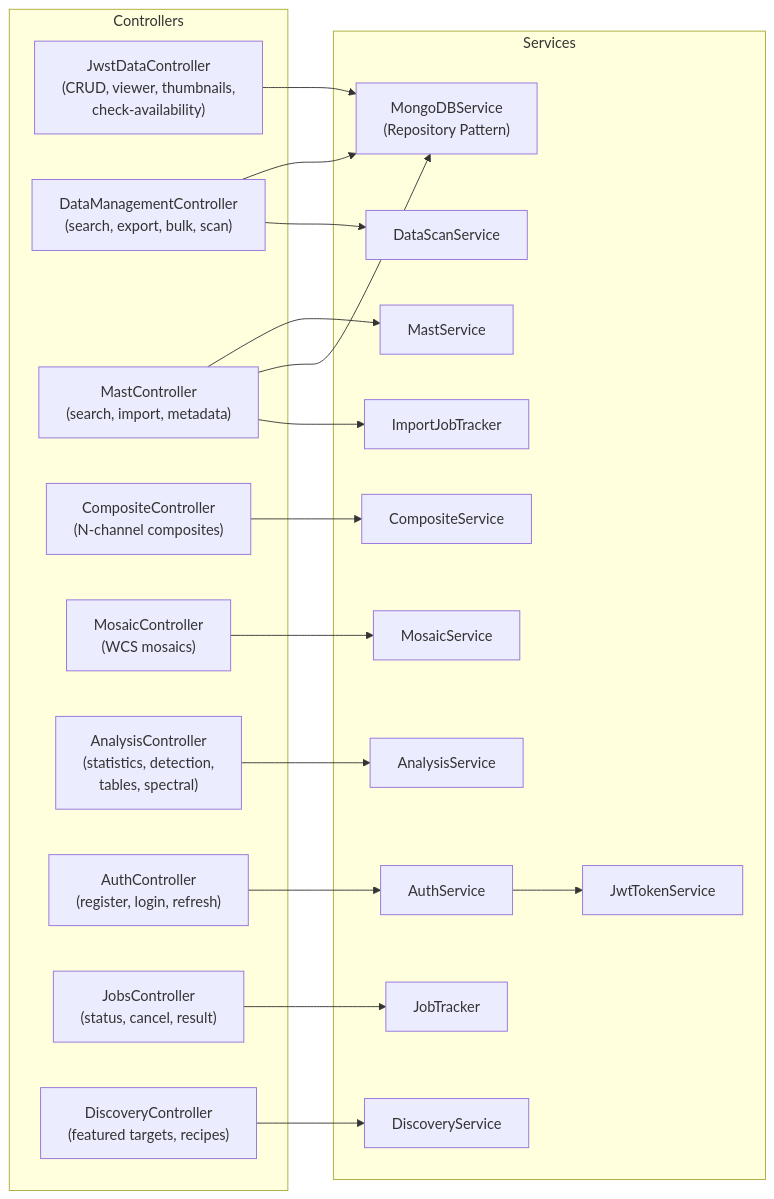
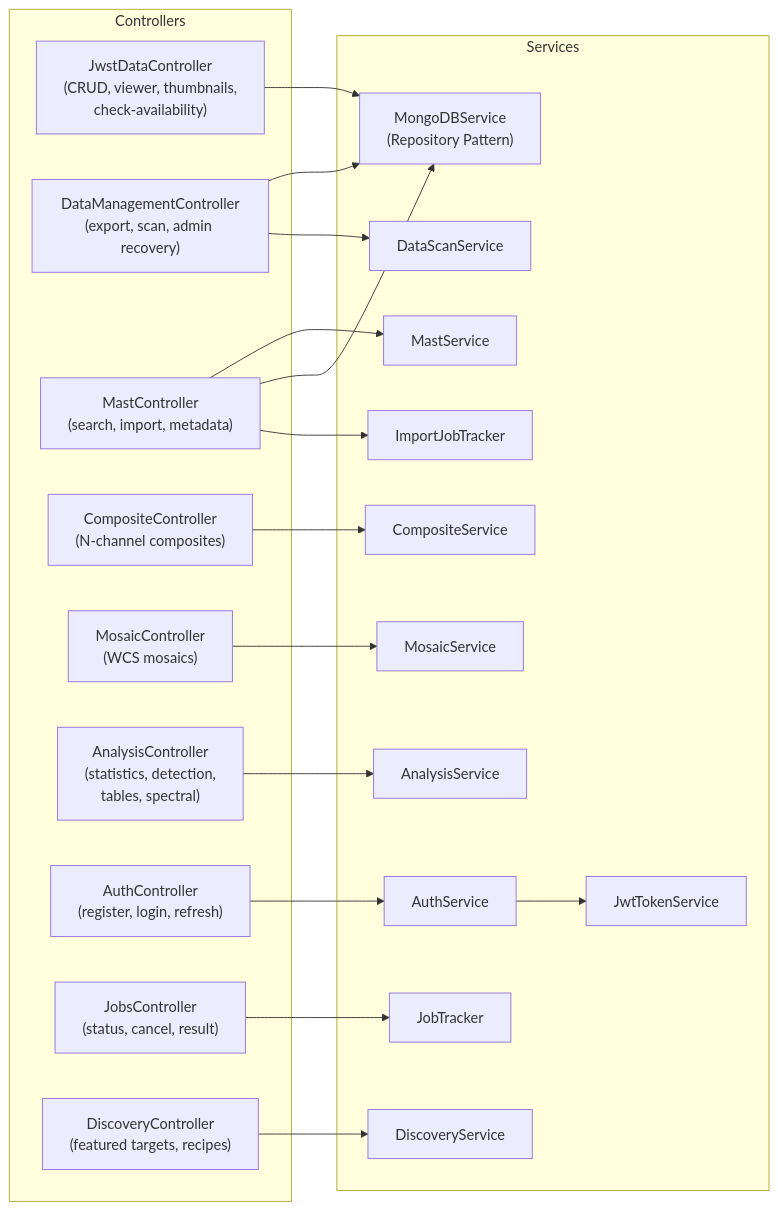
One commit to Snoww3d/jwst-data-analysis changed the first of 3 diagrams in docs/architecture/backend-service-layer.md. Above: the diagram before and after it, drawn with Mermaid. The commit also changed 7 other files, not shown here.

First line of the commit message:
chore: remove 8 DataManagement endpoints duplicated by JwstDataController (#1856)

````diff
--- a/docs/architecture/backend-service-layer.md
+++ b/docs/architecture/backend-service-layer.md
@@ -9,42 +9,42 @@
 ```mermaid
 flowchart LR
     subgraph Controllers["Controllers"]
         JwstCtrl["JwstDataController\n(CRUD, viewer, thumbnails,\ncheck-availability)"]
-        DataMgmtCtrl["DataManagementController\n(search, export, bulk, scan)"]
+        DataMgmtCtrl["DataManagementController\n(export, scan, admin recovery)"]
         MastCtrl["MastController\n(search, import, metadata)"]
         CompositeCtrl["CompositeController\n(N-channel composites)"]
         MosaicCtrl["MosaicController\n(WCS mosaics)"]
         AnalysisCtrl["AnalysisController\n(statistics, detection,\ntables, spectral)"]
         AuthCtrl["AuthController\n(register, login, refresh)"]
         JobsCtrl["JobsController\n(status, cancel, result)"]
         DiscoveryCtrl["DiscoveryController\n(featured targets, recipes)"]
     end
 
     subgraph Services["Services"]
         MongoSvc["MongoDBService\n(Repository Pattern)"]
         MastSvc["MastService"]
         CompositeSvc["CompositeService"]
         MosaicSvc["MosaicService"]
         AnalysisSvc["AnalysisService"]
         DiscoverySvc["DiscoveryService"]
         AuthSvc["AuthService"]
         JwtSvc["JwtTokenService"]
         ImportTracker["ImportJobTracker"]
         UnifiedTracker["JobTracker"]
         DataScanSvc["DataScanService"]
     end
 
     JwstCtrl --> MongoSvc
     DataMgmtCtrl --> MongoSvc
     DataMgmtCtrl --> DataScanSvc
     MastCtrl --> MastSvc
     MastCtrl --> MongoSvc
     MastCtrl --> ImportTracker
     CompositeCtrl --> CompositeSvc
     MosaicCtrl --> MosaicSvc
     AnalysisCtrl --> AnalysisSvc
     AuthCtrl --> AuthSvc
     AuthSvc --> JwtSvc
     DiscoveryCtrl --> DiscoverySvc
     JobsCtrl --> UnifiedTracker
 ```
````
